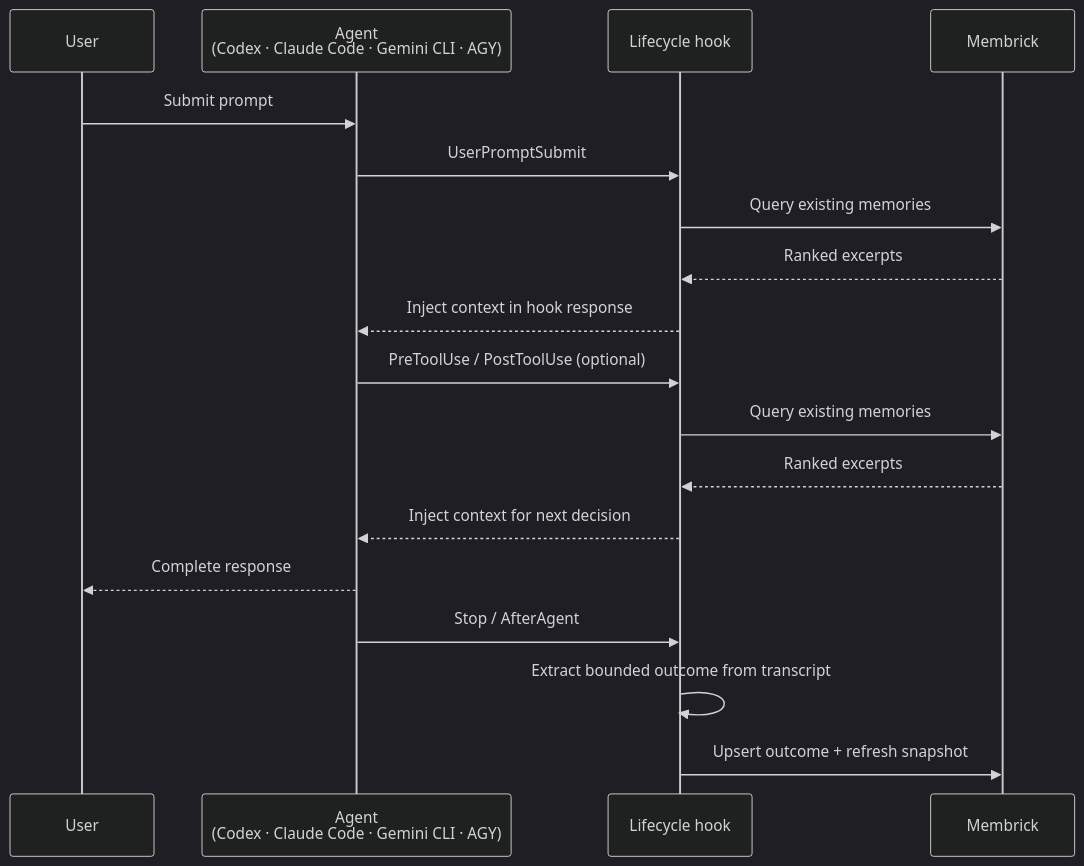
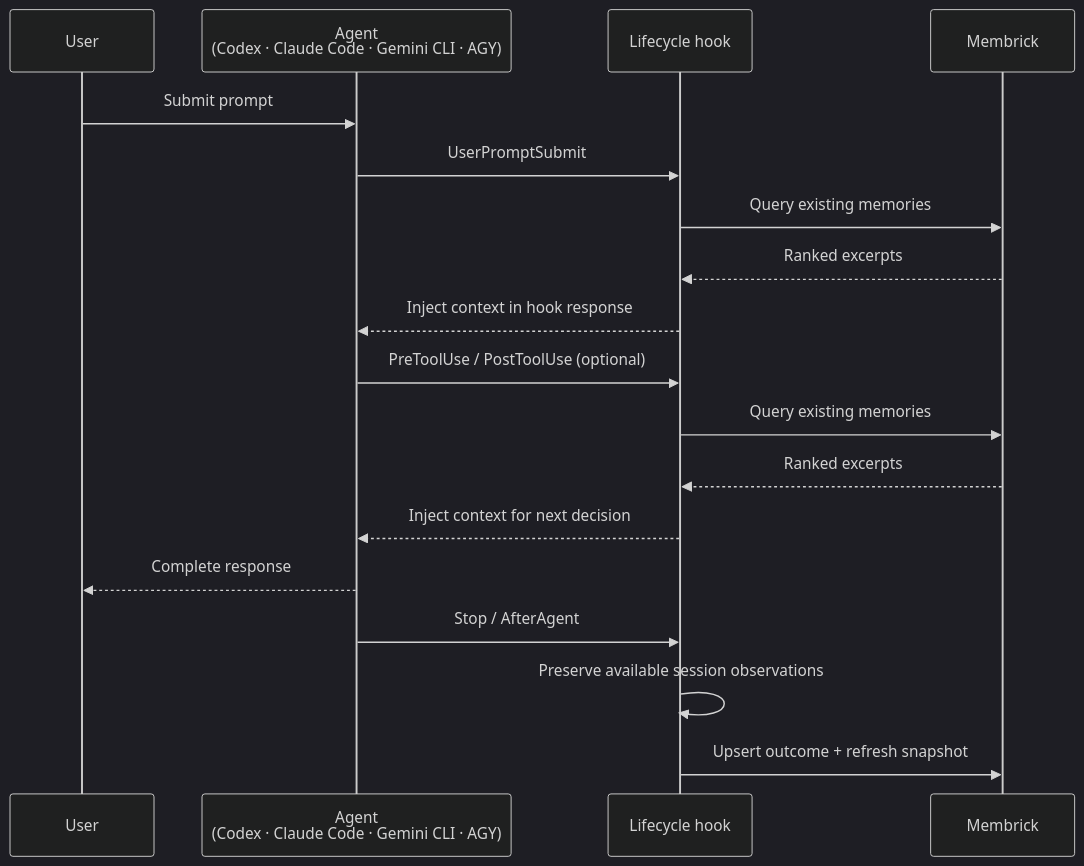
The diagram in docs/agents.md (RooAGI/Lint-AI), drawn with Mermaid (dark theme) before and after one commit. The commit also changed other lines of this file and 97 other files, not shown here.

````diff
--- a/docs/agents.md
+++ b/docs/agents.md
@@ -52,21 +55,21 @@
 ```mermaid
 sequenceDiagram
     participant U as User
     participant A as Agent<br/>(Codex · Claude Code · Gemini CLI · AGY)
     participant H as Lifecycle hook
     participant I as Membrick
 
     U->>A: Submit prompt
     A->>H: UserPromptSubmit
     H->>I: Query existing memories
     I-->>H: Ranked excerpts
     H-->>A: Inject context in hook response
     A->>H: PreToolUse / PostToolUse (optional)
     H->>I: Query existing memories
     I-->>H: Ranked excerpts
     H-->>A: Inject context for next decision
     A-->>U: Complete response
     A->>H: Stop / AfterAgent
-    H->>H: Extract bounded outcome from transcript
+    H->>H: Preserve available session observations
     H->>I: Upsert outcome + refresh snapshot
 ```
````
